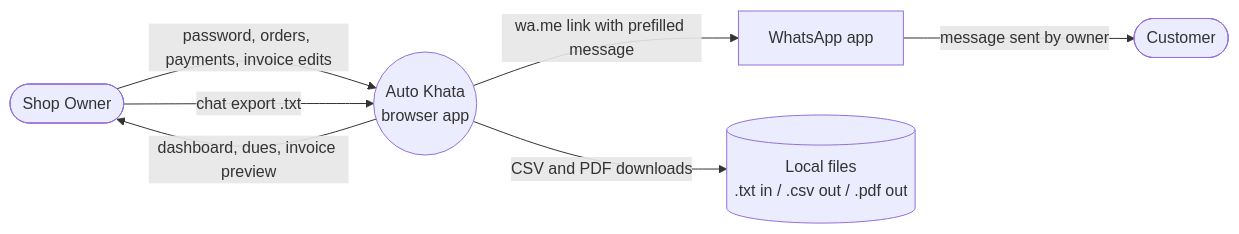
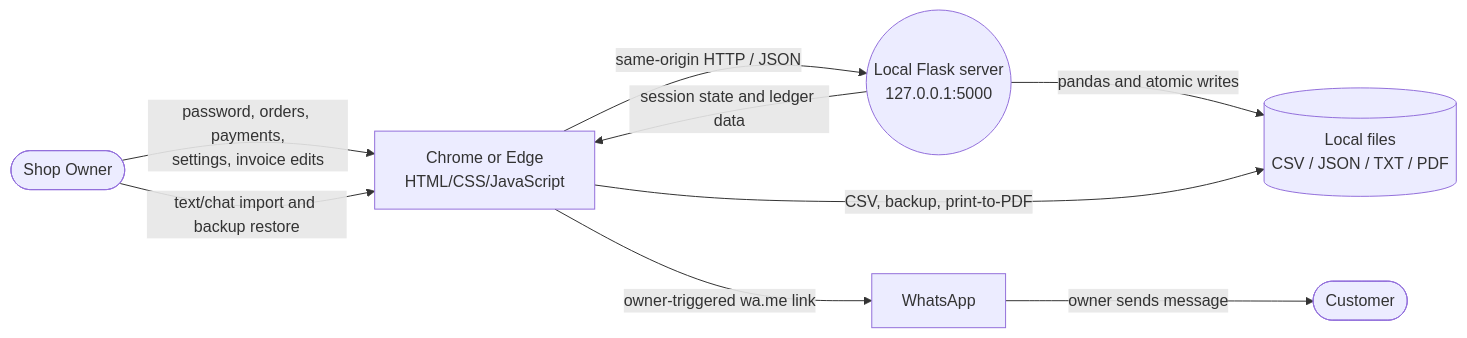
One commit to Aaradhya1998/AutoKhata- changed the first of 2 diagrams in DFD.md. Above: the diagram before and after it, drawn with Mermaid. The commit also changed other lines of this file and 2 other files, not shown here.

````diff
--- a/DFD.md
+++ b/DFD.md
@@ -7,15 +10,18 @@
 ```mermaid
 flowchart LR
     Owner([Shop Owner])
     Customer([Customer])
-    WA[WhatsApp app]
-    AK((Auto Khata<br/>browser app))
-    File[(Local files<br/>.txt in / .csv out / .pdf out)]
+    Browser[Chrome or Edge<br/>HTML/CSS/JavaScript]
+    Server((Local Flask server<br/>127.0.0.1:5000))
+    Files[(Local files<br/>CSV / JSON / TXT / PDF)]
+    WA[WhatsApp]
 
-    Owner -- password, orders, payments, invoice edits --> AK
-    AK -- dashboard, dues, invoice preview --> Owner
-    Owner -- chat export .txt --> AK
-    AK -- CSV and PDF downloads --> File
-    AK -- wa.me link with prefilled message --> WA
-    WA -- message sent by owner --> Customer
+    Owner -- password, orders, payments,<br/>settings, invoice edits --> Browser
+    Browser -- same-origin HTTP / JSON --> Server
+    Server -- session state and ledger data --> Browser
+    Server -- pandas and atomic writes --> Files
+    Owner -- text/chat import and backup restore --> Browser
+    Browser -- CSV, backup, print-to-PDF --> Files
+    Browser -- owner-triggered wa.me link --> WA
+    WA -- owner sends message --> Customer
 ```
````
